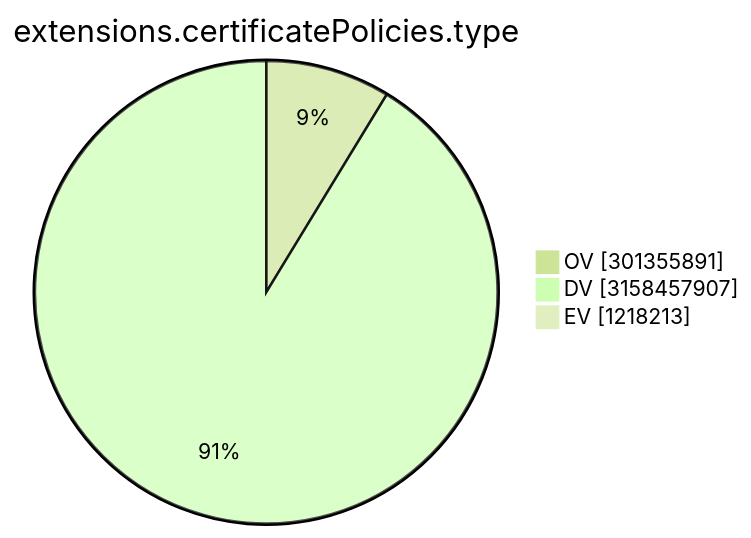
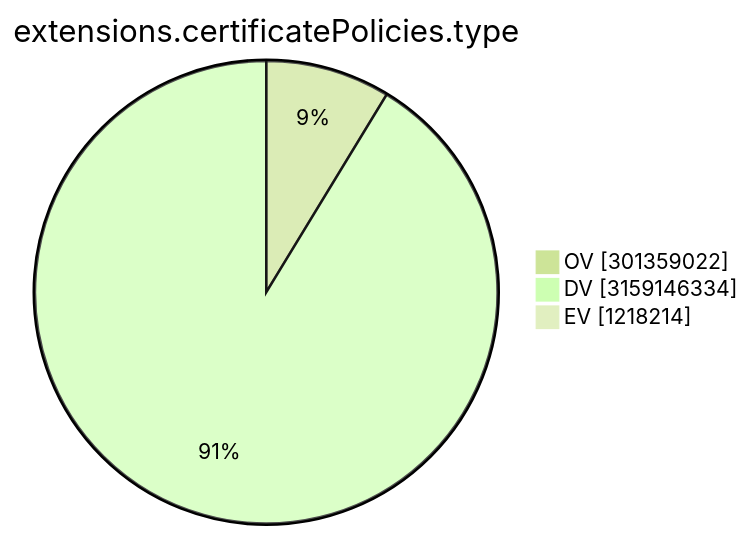
The ninth of 15 diagrams in TOTAL/README.md (christiankrug/ctmonitor_visualization), drawn with Mermaid (forest theme) before and after one commit. The commit also changed other lines of this file, not shown here.

````diff
--- a/TOTAL/README.md
+++ b/TOTAL/README.md
@@ -3105,7 +3105,7 @@
 ```mermaid
 pie showData
 title extensions.certificatePolicies.type
-"OV" :301355891
-"DV" :3158457907
-"EV" :1218213
+"OV" :301359022
+"DV" :3159146334
+"EV" :1218214
 ```
````
